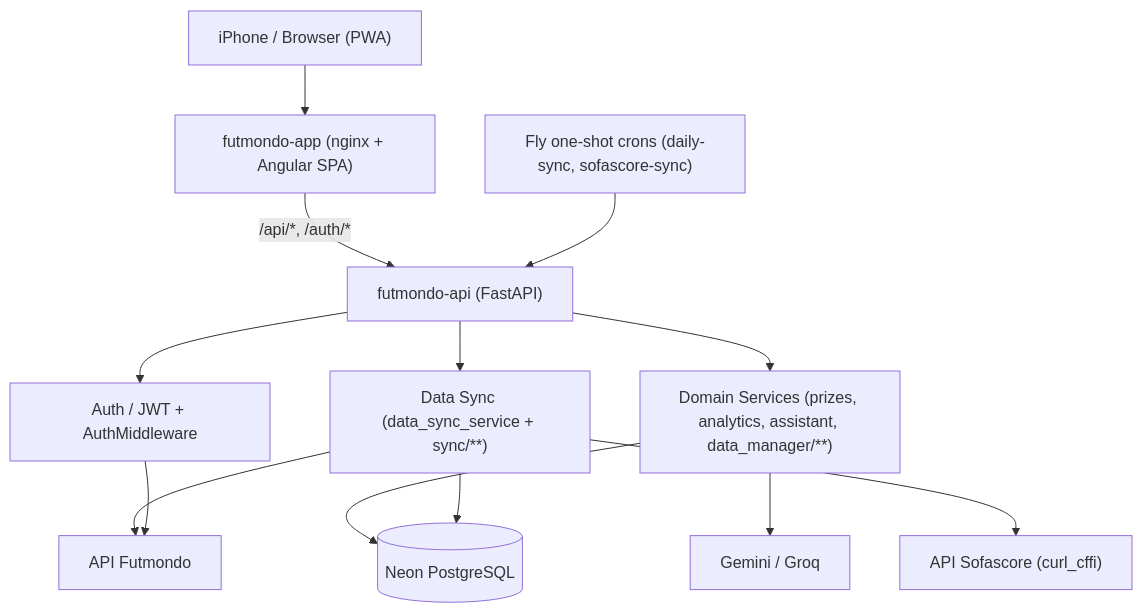
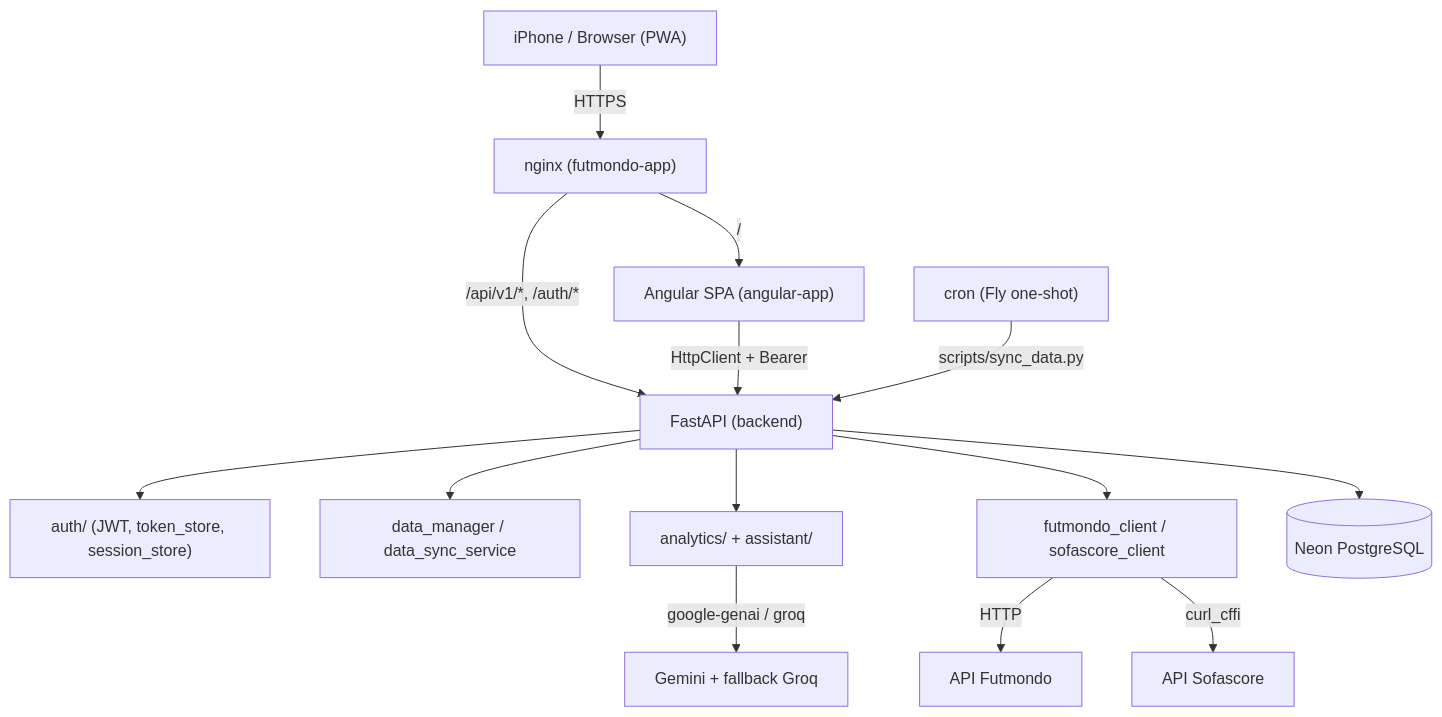
One commit to Mutinho/futmondo-analytics changed the first of 3 diagrams in aidlc/spaces/default/codekb/futmondo-analytics/architecture.md. Above: the diagram before and after it, drawn with Mermaid. The commit also changed other lines of this file and 28 other files, not shown here.

````diff
--- a/aidlc/spaces/default/codekb/futmondo-analytics/architecture.md
+++ b/aidlc/spaces/default/codekb/futmondo-analytics/architecture.md
@@ -29,27 +34,16 @@
 ```mermaid
 graph TD
-  Browser["iPhone / Browser (PWA)"]
-  Nginx["futmondo-app (nginx + Angular SPA)"]
-  API["futmondo-api (FastAPI)"]
-  Auth["Auth / JWT + AuthMiddleware"]
-  Domain["Domain Services (prizes, analytics, assistant, data_manager/**)"]
-  Sync["Data Sync (data_sync_service + sync/**)"]
-  DB[("Neon PostgreSQL")]
-  Futmondo["API Futmondo"]
-  Sofascore["API Sofascore (curl_cffi)"]
-  AI["Gemini / Groq"]
-  Cron["Fly one-shot crons (daily-sync, sofascore-sync)"]
-
-  Browser --> Nginx
-  Nginx -->|/api/*, /auth/*| API
-  API --> Auth
-  API --> Domain
-  API --> Sync
-  Domain --> DB
-  Sync --> DB
-  Sync --> Futmondo
-  Sync --> Sofascore
-  Domain --> AI
-  Auth --> Futmondo
-  Cron --> API
+  Browser["iPhone / Browser (PWA)"] -->|HTTPS| Nginx["nginx (futmondo-app)"]
+  Nginx -->|"/"| SPA["Angular SPA (angular-app)"]
+  Nginx -->|"/api/v1/*, /auth/*"| API["FastAPI (backend)"]
+  SPA -->|HttpClient + Bearer| API
+  API --> Auth["auth/ (JWT, token_store, session_store)"]
+  API --> DM["data_manager / data_sync_service"]
+  API --> Analytics["analytics/ + assistant/"]
+  API --> Clients["futmondo_client / sofascore_client"]
+  API --> DB[("Neon PostgreSQL")]
+  Clients -->|HTTP| Futmondo["API Futmondo"]
+  Clients -->|"curl_cffi"| Sofascore["API Sofascore"]
+  Analytics -->|google-genai / groq| LLM["Gemini + fallback Groq"]
+  Cron["cron (Fly one-shot)"] -->|scripts/sync_data.py| API
 ```
````
